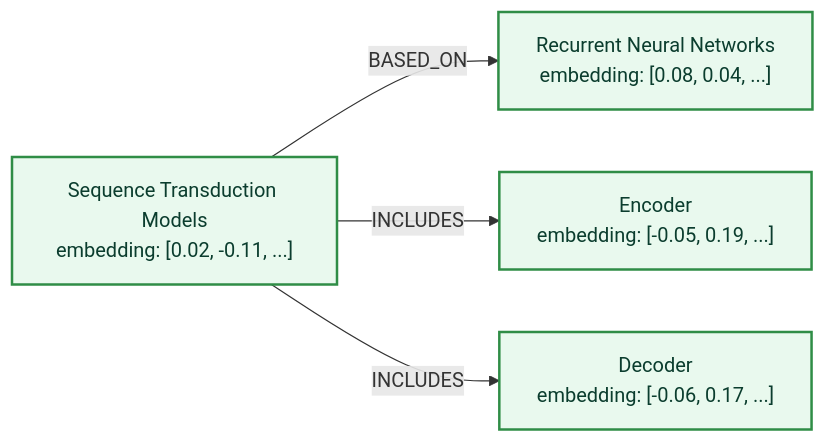
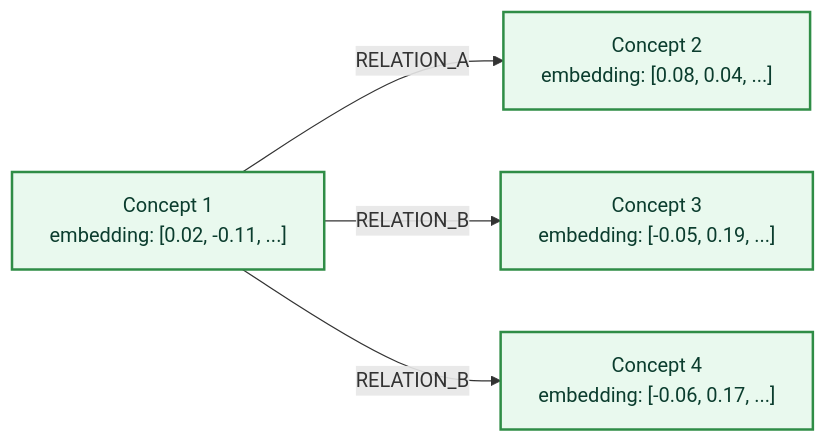
Before and after one commit to CogKnowEdge-Solutions/Context-Memory-Layer: the fifth of 7 diagrams in vector_graph_hybrid.md, drawn with Mermaid. The commit also changed other lines of this file, not shown here.

````diff
--- a/vector_graph_hybrid.md
+++ b/vector_graph_hybrid.md
@@ -112,14 +114,14 @@
 ```mermaid
 graph LR
-    N1["Sequence Transduction Models<br/>embedding: [0.02, -0.11, ...]"]
-    N2["Recurrent Neural Networks<br/>embedding: [0.08, 0.04, ...]"]
-    N3["Encoder<br/>embedding: [-0.05, 0.19, ...]"]
-    N4["Decoder<br/>embedding: [-0.06, 0.17, ...]"]
+    N1["Concept 1<br/>embedding: [0.02, -0.11, ...]"]
+    N2["Concept 2<br/>embedding: [0.08, 0.04, ...]"]
+    N3["Concept 3<br/>embedding: [-0.05, 0.19, ...]"]
+    N4["Concept 4<br/>embedding: [-0.06, 0.17, ...]"]
 
-    N1 -->|BASED_ON| N2
-    N1 -->|INCLUDES| N3
-    N1 -->|INCLUDES| N4
+    N1 -->|RELATION_A| N2
+    N1 -->|RELATION_B| N3
+    N1 -->|RELATION_B| N4
 
     classDef vecStyle fill:#e9f9ee,stroke:#2f8d46,stroke-width:2px,color:#0b3d2e
     class N1,N2,N3,N4 vecStyle
 ```
````
